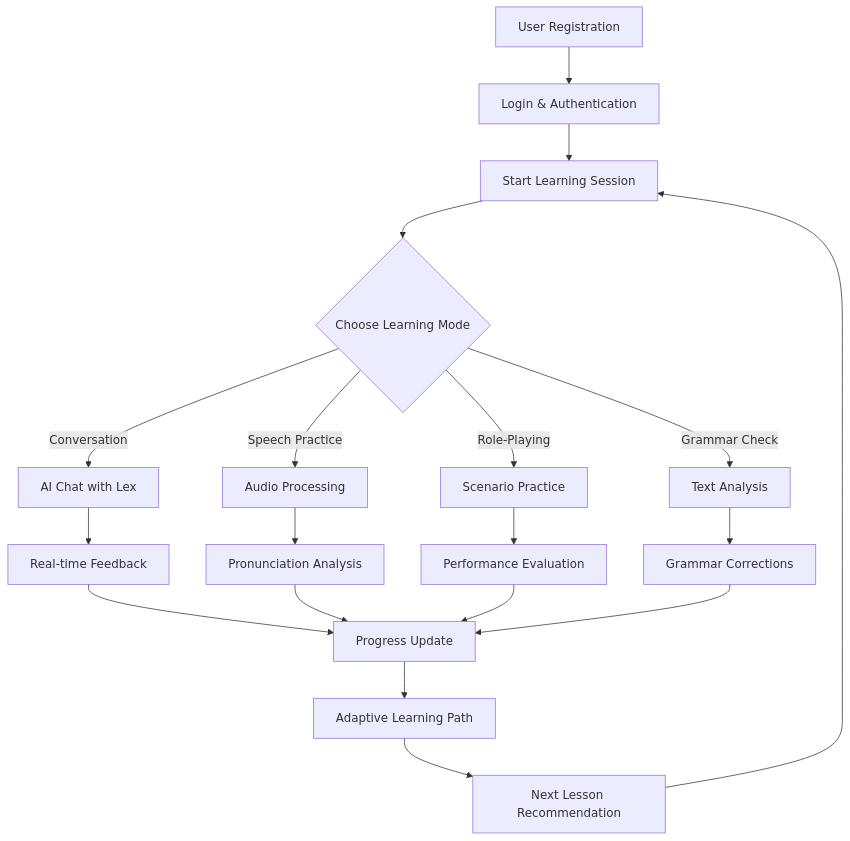
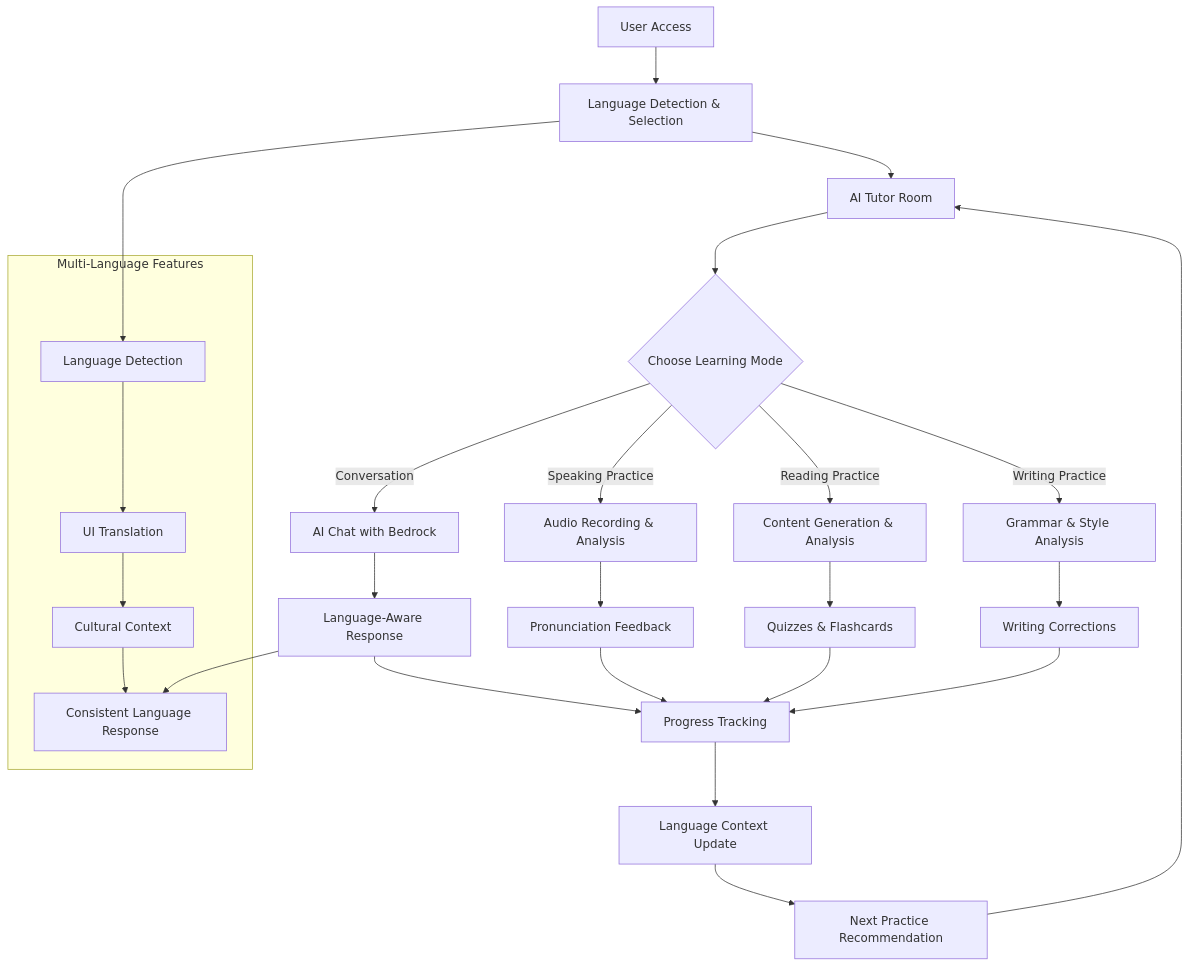
The first of 2 diagrams in README.md (ryanlau1220/AI-Powered-Language-Learning-Companion), drawn with Mermaid before and after one commit. The commit also changed other lines of this file and 58 other files, not shown here.

````diff
--- a/README.md
+++ b/README.md
@@ -123,25 +164,34 @@
 ```mermaid
 flowchart TD
-    A[User Registration] --> B[Login & Authentication]
-    B --> C[Start Learning Session]
+    A[User Access] --> B[Language Detection & Selection]
+    B --> C[AI Tutor Room]
     C --> D{Choose Learning Mode}
     
-    D -->|Conversation| E[AI Chat with Lex]
-    D -->|Speech Practice| F[Audio Processing]
-    D -->|Role-Playing| G[Scenario Practice]
-    D -->|Grammar Check| H[Text Analysis]
+    D -->|Conversation| E[AI Chat with Bedrock]
+    D -->|Speaking Practice| F[Audio Recording & Analysis]
+    D -->|Reading Practice| G[Content Generation & Analysis]
+    D -->|Writing Practice| H[Grammar & Style Analysis]
     
-    E --> I[Real-time Feedback]
-    F --> J[Pronunciation Analysis]
-    G --> K[Performance Evaluation]
-    H --> L[Grammar Corrections]
+    E --> I[Language-Aware Response]
+    F --> J[Pronunciation Feedback]
+    G --> K[Quizzes & Flashcards]
+    H --> L[Writing Corrections]
     
-    I --> M[Progress Update]
+    I --> M[Progress Tracking]
     J --> M
     K --> M
     L --> M
     
-    M --> N[Adaptive Learning Path]
-    N --> O[Next Lesson Recommendation]
+    M --> N[Language Context Update]
+    N --> O[Next Practice Recommendation]
     O --> C
+    
+    subgraph "Multi-Language Features"
+        P[Language Detection] --> Q[UI Translation]
+        Q --> R[Cultural Context]
+        R --> S[Consistent Language Response]
+    end
+    
+    B --> P
+    I --> S
 ```
````
